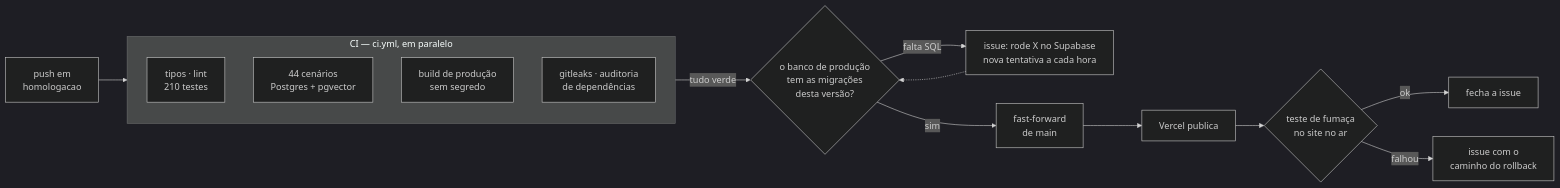
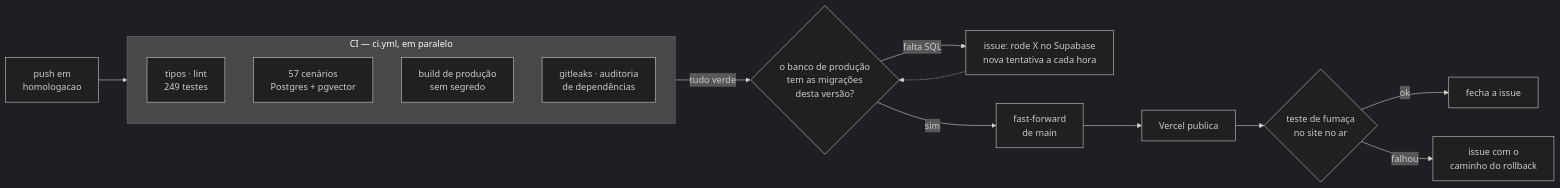
The second of 2 diagrams in README.md (Lucascarvalho20/gabaritai), drawn with Mermaid (dark theme) before and after one commit. The commit also changed other lines of this file, not shown here.

````diff
--- a/README.md
+++ b/README.md
@@ -281,18 +292,18 @@
 ```mermaid
 flowchart LR
     P["push em<br/>homologacao"] --> CI
     subgraph CI["CI — ci.yml, em paralelo"]
-        Q["tipos · lint<br/>210 testes"]
-        I["44 cenários<br/>Postgres + pgvector"]
+        Q["tipos · lint<br/>249 testes"]
+        I["57 cenários<br/>Postgres + pgvector"]
         B["build de produção<br/>sem segredo"]
         S["gitleaks · auditoria<br/>de dependências"]
     end
     CI -->|tudo verde| G{"o banco de produção<br/>tem as migrações<br/>desta versão?"}
     G -->|falta SQL| A["issue: rode X no Supabase<br/>nova tentativa a cada hora"]
     A -.-> G
     G -->|sim| M["fast-forward<br/>de main"]
     M --> V["Vercel publica"]
     V --> F{"teste de fumaça<br/>no site no ar"}
     F -->|ok| OK["fecha a issue"]
     F -->|falhou| RB["issue com o<br/>caminho do rollback"]
 ```
````
